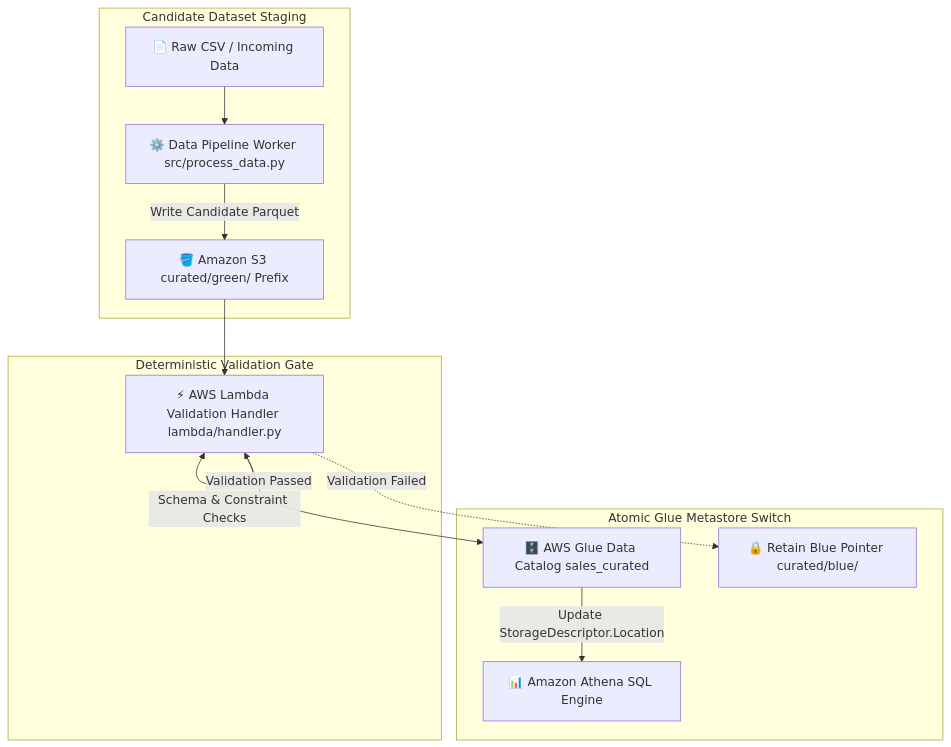
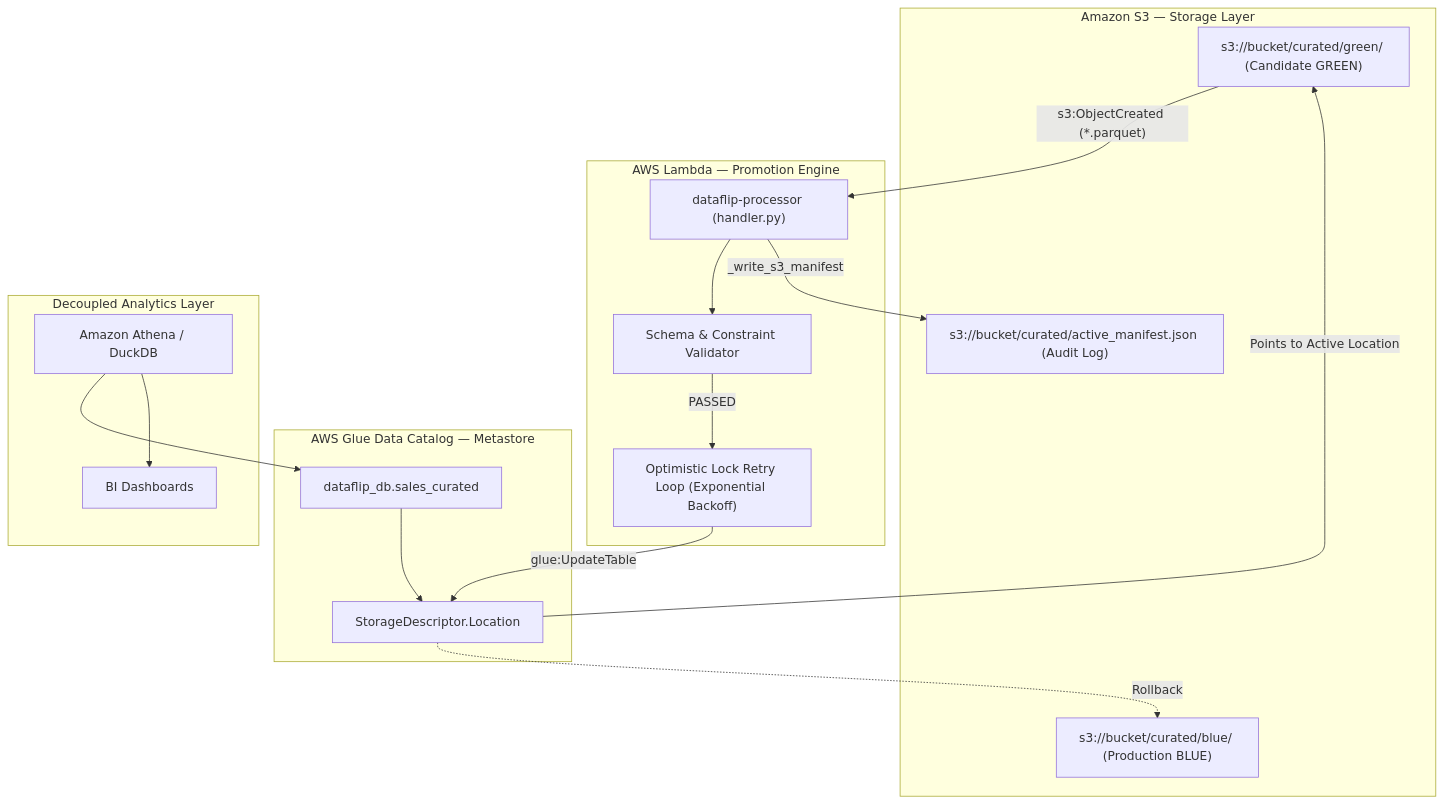
The diagram in README.md (sanmathik8/Dataflip), drawn with Mermaid before and after one commit. The commit also changed other lines of this file and 25 other files, not shown here.

Commit message:
Refactor: add automated S3 event trigger, schema-agnostic validation via pandera, structured logging via Powertools, stop tracking generated local runtime data, clean dead code, and update README

````diff
--- a/README.md
+++ b/README.md
@@ -30,18 +68,35 @@
 ```mermaid
 flowchart TD
-    subgraph Staging_Layer [Candidate Dataset Staging]
-        A[📄 Raw CSV / Incoming Data] --> B[⚙️ Data Pipeline Worker src/process_data.py]
-        B -->|Write Candidate Parquet| C[🪣 Amazon S3 curated/green/ Prefix]
+    subgraph Storage [Amazon S3 — Storage Layer]
+        S3_BLUE["s3://bucket/curated/blue/ (Production BLUE)"]
+        S3_GREEN["s3://bucket/curated/green/ (Candidate GREEN)"]
+        S3_MANIFEST["s3://bucket/curated/active_manifest.json (Audit Log)"]
     end
 
-    subgraph Validation_Layer [Deterministic Validation Gate]
-        C --> D[⚡ AWS Lambda Validation Handler lambda/handler.py]
-        D <-->|Schema & Constraint Checks| D
+    subgraph Compute [AWS Lambda — Promotion Engine]
+        LAMBDA["dataflip-processor (handler.py)"]
+        VALIDATOR["Schema & Constraint Validator"]
+        RETRY_LOOP["Optimistic Lock Retry Loop (Exponential Backoff)"]
     end
 
-    subgraph Metadata_Switch_Layer [Atomic Glue Metastore Switch]
-        D -->|Validation Passed| E[🗄️ AWS Glue Data Catalog sales_curated]
-        E -->|Update StorageDescriptor.Location| F[📊 Amazon Athena SQL Engine]
-        D -.->|Validation Failed| G[🔒 Retain Blue Pointer curated/blue/]
+    subgraph Catalog [AWS Glue Data Catalog — Metastore]
+        GLUE_TABLE["dataflip_db.sales_curated"]
+        POINTER["StorageDescriptor.Location"]
     end
+
+    subgraph Analytics [Decoupled Analytics Layer]
+        ATHENA["Amazon Athena / DuckDB"]
+        DASHBOARD["BI Dashboards"]
+    end
+
+    S3_GREEN -- "s3:ObjectCreated (*.parquet)" --> LAMBDA
+    LAMBDA --> VALIDATOR
+    VALIDATOR -->|PASSED| RETRY_LOOP
+    RETRY_LOOP -->|glue:UpdateTable| POINTER
+    POINTER -->|Points to Active Location| S3_GREEN
+    POINTER -. Rollback .-> S3_BLUE
+    GLUE_TABLE --> POINTER
+    ATHENA --> GLUE_TABLE
+    ATHENA --> DASHBOARD
+    LAMBDA -->|_write_s3_manifest| S3_MANIFEST
 ```
````
